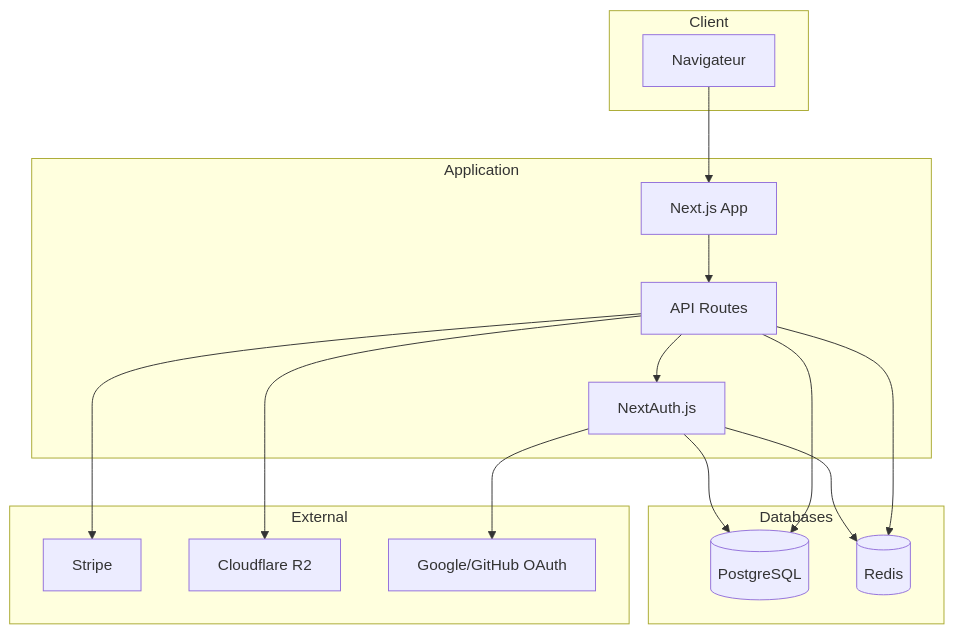
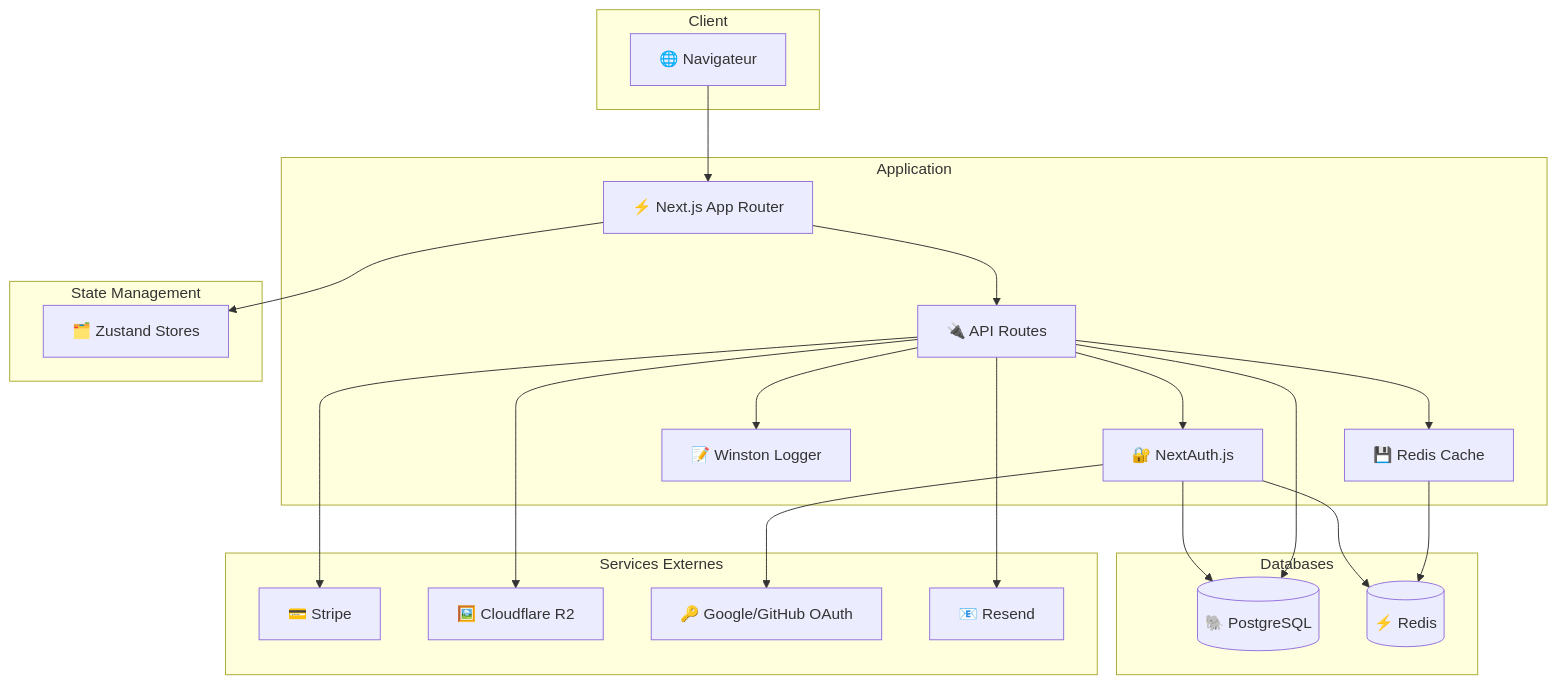
Before and after one commit to itsaam/althea-systems: the diagram in README.md, drawn with Mermaid. The commit also changed other lines of this file, not shown here.

````diff
--- a/README.md
+++ b/README.md
@@ -66,34 +234,45 @@
 ```mermaid
 graph TB
     subgraph Client
-        Browser[Navigateur]
+        Browser[🌐 Navigateur]
     end
 
     subgraph Application
-        NextJS[Next.js App]
-        API[API Routes]
-        Auth[NextAuth.js]
+        NextJS[⚡ Next.js App Router]
+        API[🔌 API Routes]
+        Auth[🔐 NextAuth.js]
+        Cache[💾 Redis Cache]
+        Logger[📝 Winston Logger]
+    end
+
+    subgraph State["State Management"]
+        Zustand[🗂️ Zustand Stores]
     end
 
     subgraph Databases
-        PostgreSQL[(PostgreSQL)]
-        Redis[(Redis)]
+        PostgreSQL[(🐘 PostgreSQL)]
+        Redis[(⚡ Redis)]
     end
 
-    subgraph External
-        Stripe[Stripe]
-        R2[Cloudflare R2]
-        OAuth[Google/GitHub OAuth]
+    subgraph External["Services Externes"]
+        Stripe[💳 Stripe]
+        R2[🖼️ Cloudflare R2]
+        OAuth[🔑 Google/GitHub OAuth]
+        Resend[📧 Resend]
     end
 
     Browser --> NextJS
+    NextJS --> Zustand
     NextJS --> API
     API --> Auth
+    API --> Logger
     Auth --> PostgreSQL
     Auth --> Redis
+    API --> Cache
+    Cache --> Redis
     API --> PostgreSQL
-    API --> Redis
     API --> Stripe
     API --> R2
+    API --> Resend
     Auth --> OAuth
 ```
````
